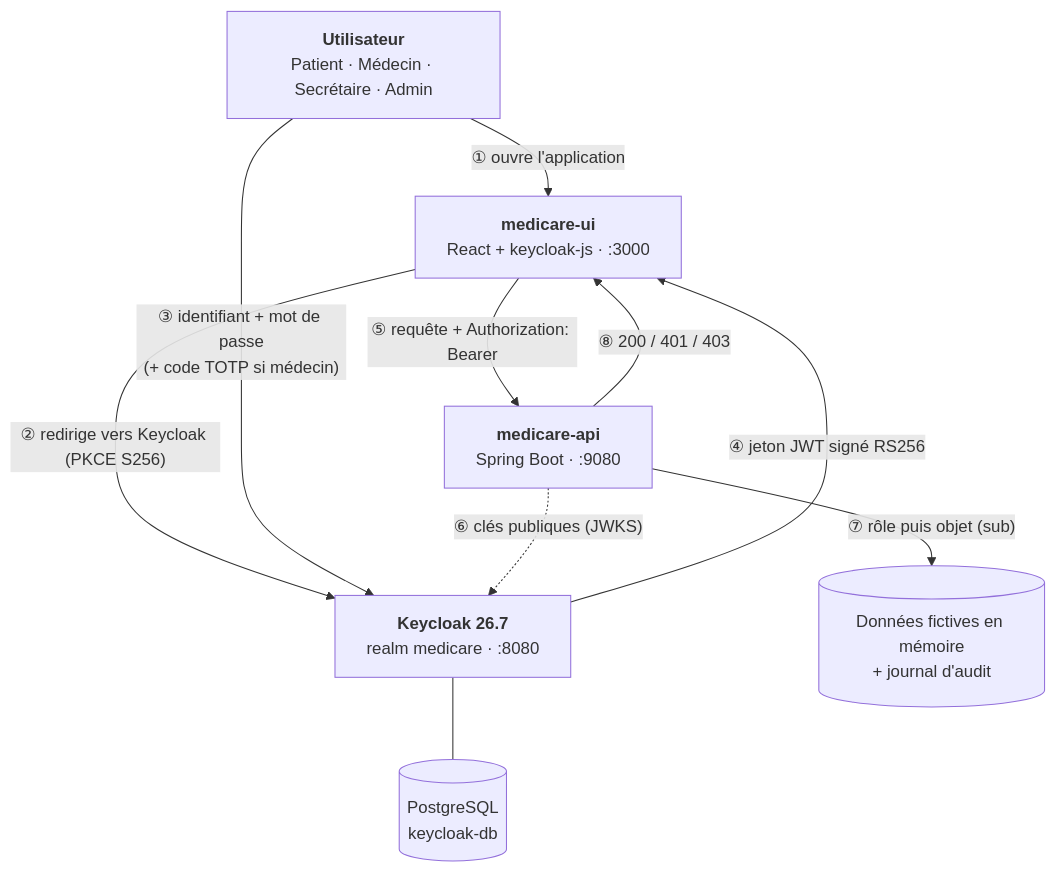
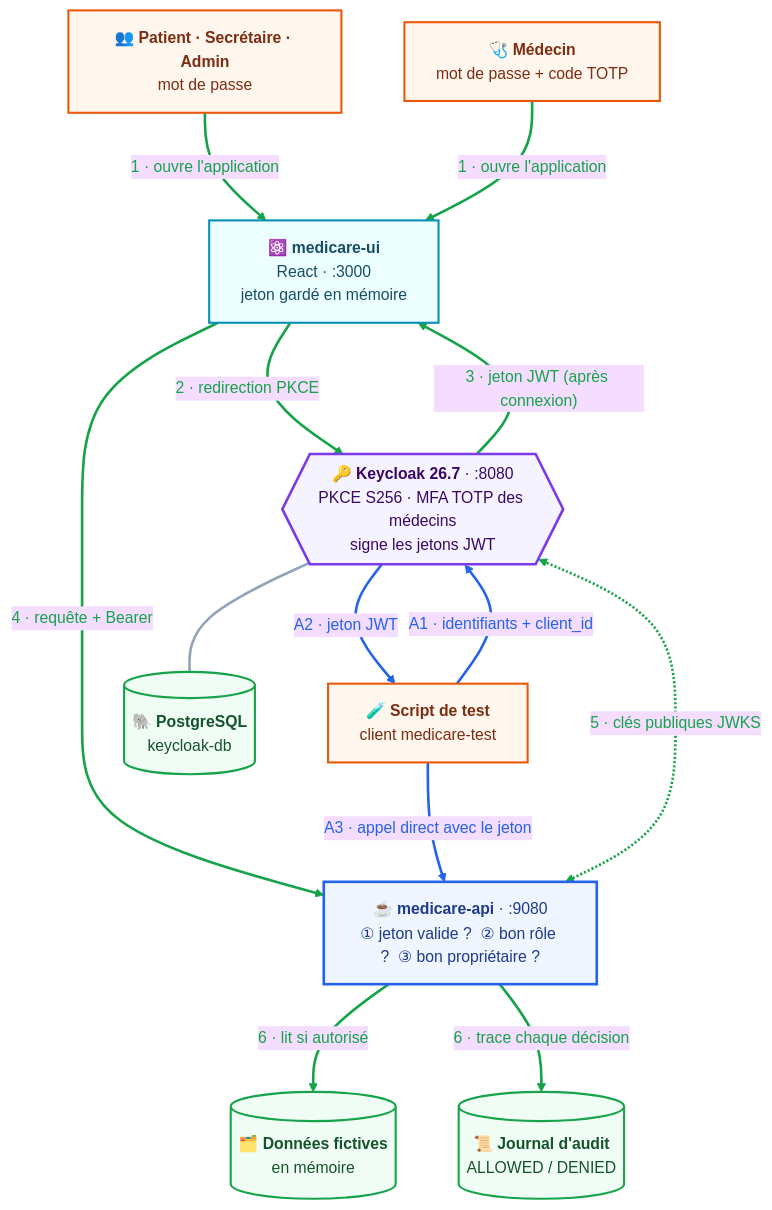
Before and after one commit to iblihimaryam306-dotcom/medicare-keycloak: the diagram in docs/img/architecture.mmd, drawn with Mermaid. The commit also changed 3 other files, not shown here.

Commit message:
Add final README, Mermaid architecture diagram, design decisions and threat model

```diff
--- a/docs/img/architecture.mmd
+++ b/docs/img/architecture.mmd
@@ -1,16 +1,31 @@
+%%{init: {"theme":"base","themeVariables":{"fontFamily":"Inter, Arial","fontSize":"15px","lineColor":"#64748b"},"flowchart":{"curve":"basis","nodeSpacing":60,"rankSpacing":80}}}%%
 flowchart TB
-    U["<b>Utilisateur</b><br/>Patient · Médecin · Secrétaire · Admin"]
-    UI["<b>medicare-ui</b><br/>React + keycloak-js · :3000"]
-    KC["<b>Keycloak 26.7</b><br/>realm medicare · :8080"]
-    KDB[("PostgreSQL<br/>keycloak-db")]
-    API["<b>medicare-api</b><br/>Spring Boot · :9080"]
-    MEM[("Données fictives en mémoire<br/>+ journal d'audit")]
-    U -- "① ouvre l'application" --> UI
-    UI -- "② redirige vers Keycloak (PKCE S256)" --> KC
-    U -- "③ identifiant + mot de passe<br/>(+ code TOTP si médecin)" --> KC
-    KC -- "④ jeton JWT signé RS256" --> UI
-    UI -- "⑤ requête + Authorization: Bearer" --> API
-    API -. "⑥ clés publiques (JWKS)" .-> KC
-    API -- "⑦ rôle puis objet (sub)" --> MEM
-    API -- "⑧ 200 / 401 / 403" --> UI
-    KC --- KDB
+    classDef actor fill:#fff7ed,stroke:#ea580c,stroke-width:2px,color:#7c2d12
+    classDef ui fill:#ecfeff,stroke:#0891b2,stroke-width:2px,color:#164e63
+    classDef kc fill:#f5f3ff,stroke:#7c3aed,stroke-width:2.5px,color:#3b0764
+    classDef api fill:#eff6ff,stroke:#2563eb,stroke-width:2.5px,color:#1e3a8a
+    classDef db fill:#f0fdf4,stroke:#16a34a,stroke-width:2px,color:#14532d
+    USERS["👥 <b>Patient · Secrétaire · Admin</b><br/>mot de passe"]:::actor
+    DOC["🩺 <b>Médecin</b><br/>mot de passe + code TOTP"]:::actor
+    TEST["🧪 <b>Script de test</b><br/>client medicare-test"]:::actor
+    UI["⚛️ <b>medicare-ui</b><br/>React · :3000<br/>jeton gardé en mémoire"]:::ui
+    KC{{"🔑 <b>Keycloak 26.7</b> · :8080<br/>PKCE S256 · MFA TOTP des médecins<br/>signe les jetons JWT"}}:::kc
+    PG[("🐘 <b>PostgreSQL</b><br/>keycloak-db")]:::db
+    API["☕ <b>medicare-api</b> · :9080<br/>① jeton valide ?  ② bon rôle ?  ③ bon propriétaire ?"]:::api
+    MEM[("🗂️ <b>Données fictives</b><br/>en mémoire")]:::db
+    AUD[("📜 <b>Journal d'audit</b><br/>ALLOWED / DENIED")]:::db
+    USERS -->|"1 · ouvre l'application"| UI
+    DOC -->|"1 · ouvre l'application"| UI
+    UI -->|"2 · redirection PKCE"| KC
+    KC -->|"3 · jeton JWT (après connexion)"| UI
+    UI -->|"4 · requête + Bearer"| API
+    API <-.->|"5 · clés publiques JWKS"| KC
+    API -->|"6 · lit si autorisé"| MEM
+    API -->|"6 · trace chaque décision"| AUD
+    TEST -->|"A1 · identifiants + client_id"| KC
+    KC -->|"A2 · jeton JWT"| TEST
+    TEST -->|"A3 · appel direct avec le jeton"| API
+    KC --- PG
+    linkStyle 0,1,2,3,4,5,6,7 stroke:#16a34a,stroke-width:2.5px,color:#16a34a
+    linkStyle 8,9,10 stroke:#2563eb,stroke-width:2.5px,color:#2563eb
+    linkStyle 11 stroke:#94a3b8,stroke-width:2.5px,color:#94a3b8
```
